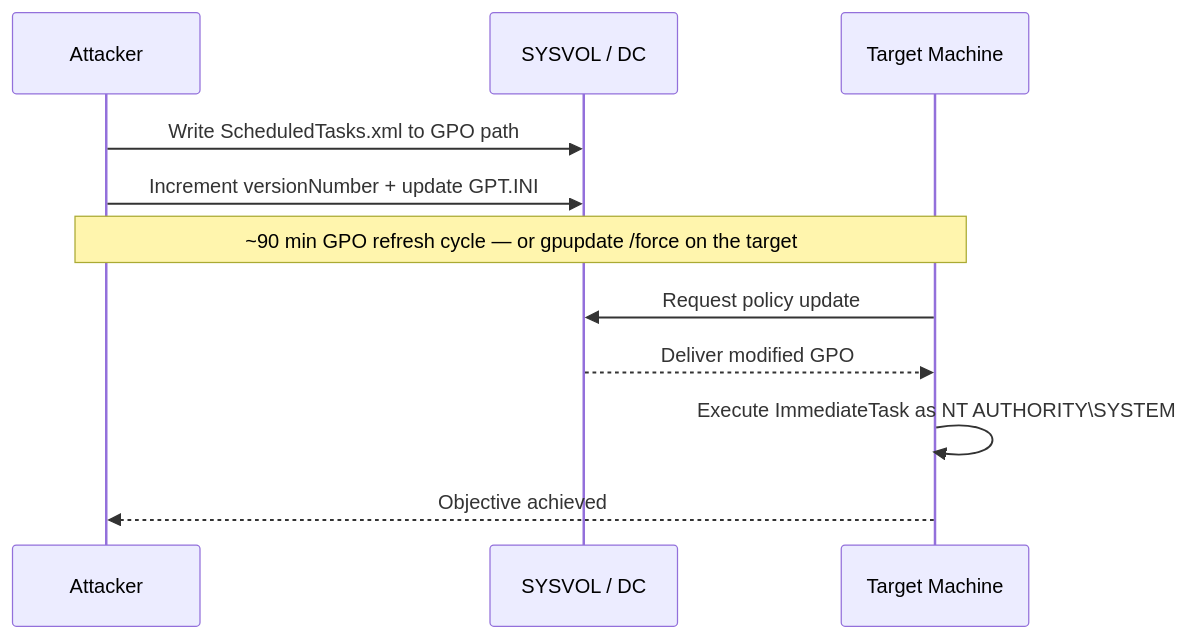
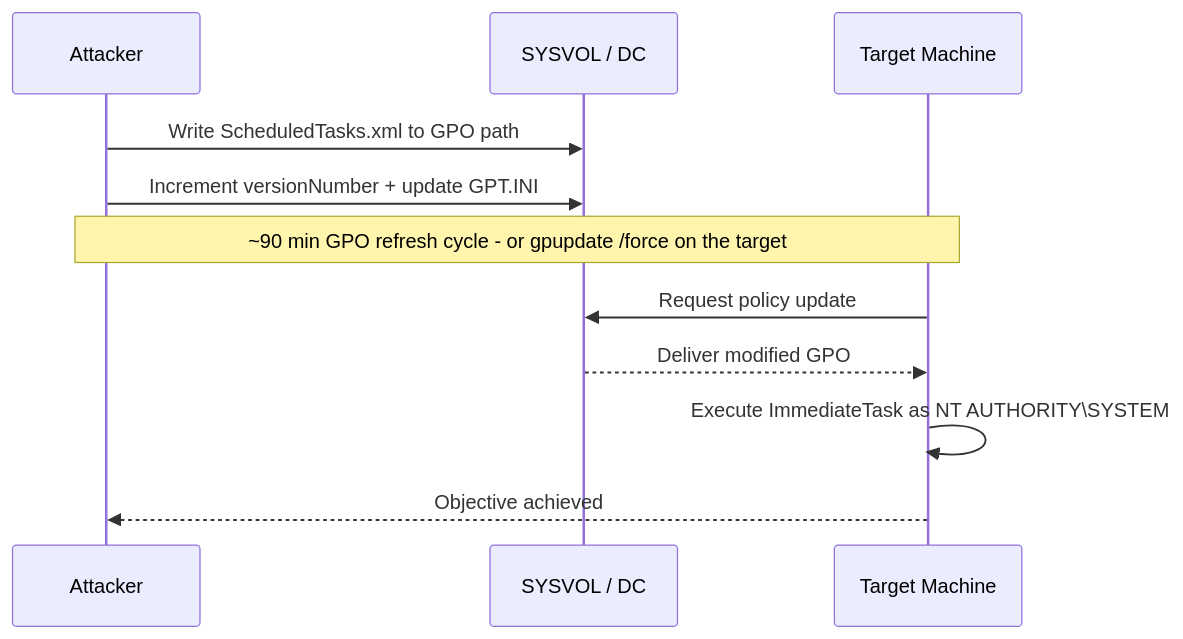
The first of 2 diagrams in README.md (n0troot/SharpGPOwned), drawn with Mermaid before and after one commit. The commit also changed other lines of this file, not shown here.

````diff
--- a/README.md
+++ b/README.md
@@ -42,14 +42,14 @@
 ```mermaid
 sequenceDiagram
     participant A as Attacker
     participant S as SYSVOL / DC
     participant T as Target Machine
 
     A->>S: Write ScheduledTasks.xml to GPO path
     A->>S: Increment versionNumber + update GPT.INI
-    Note over A,T: ~90 min GPO refresh cycle — or gpupdate /force on the target
+    Note over A,T: ~90 min GPO refresh cycle - or gpupdate /force on the target
     T->>S: Request policy update
     S-->>T: Deliver modified GPO
     T->>T: Execute ImmediateTask as NT AUTHORITY\SYSTEM
     T-->>A: Objective achieved
 ```
````
